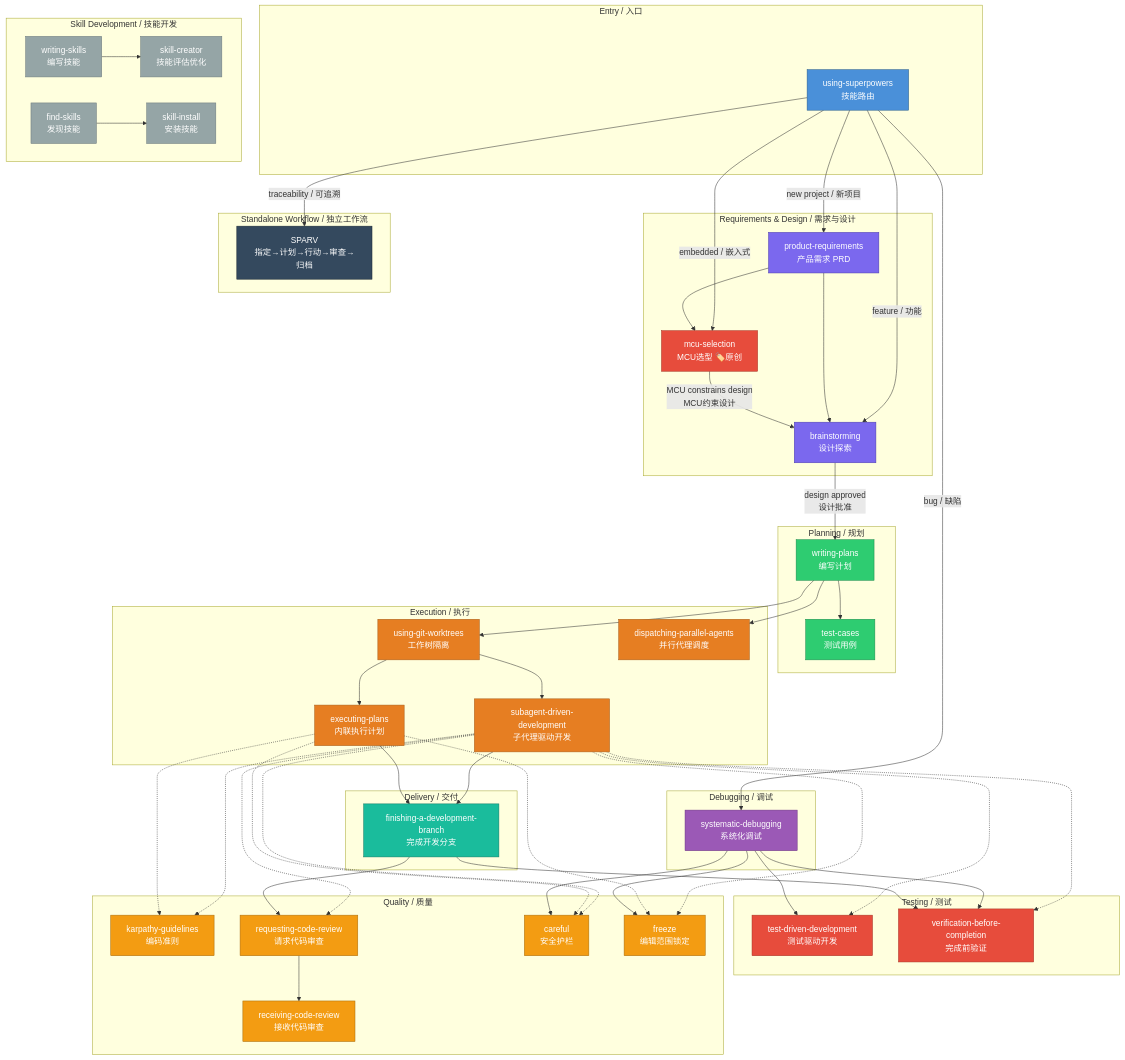
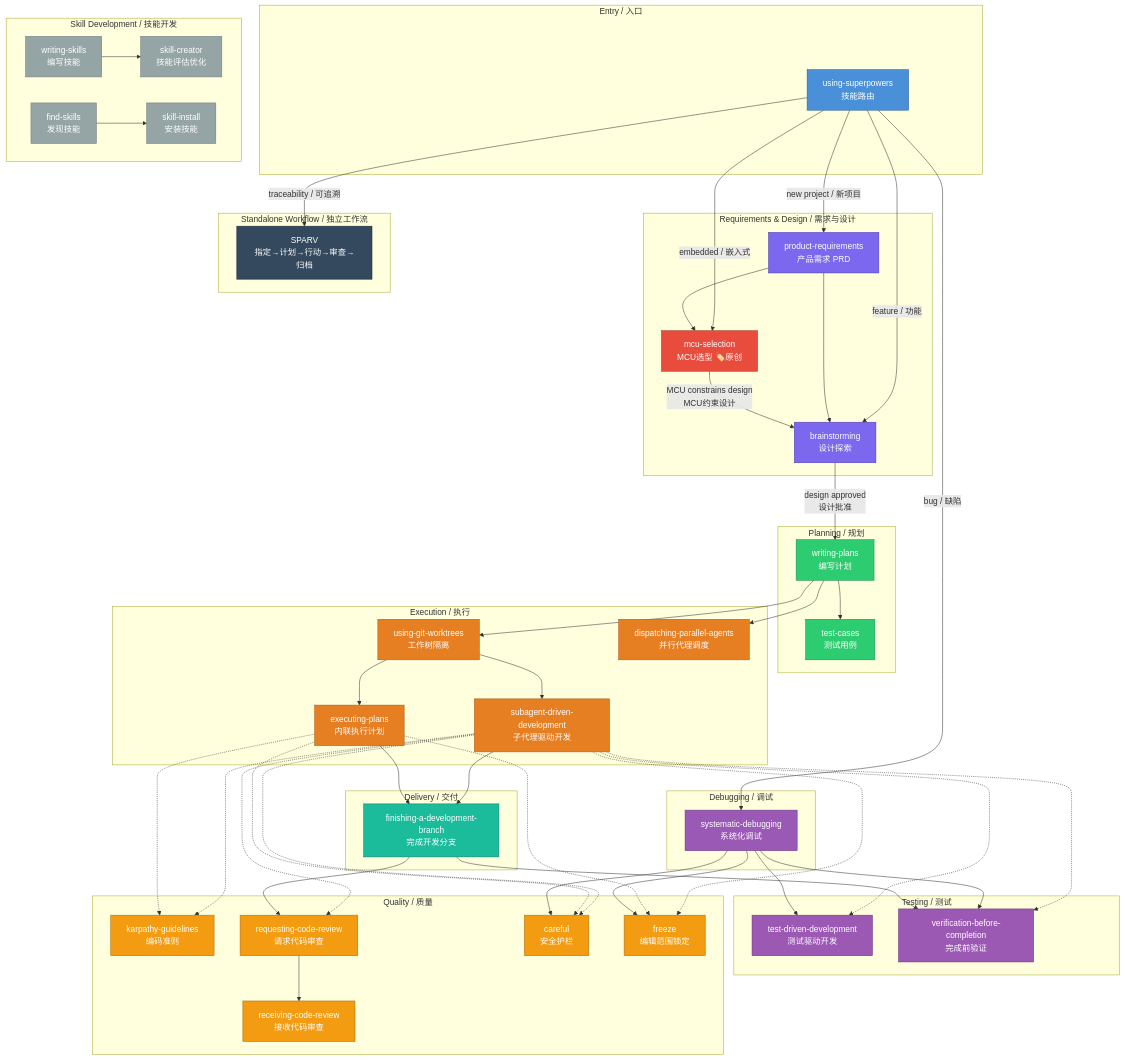
The diagram in SKILLS_GUIDE.md (shenqipeng/claude-skills), drawn with Mermaid before and after one commit. The commit also changed other lines of this file and 1 other file, not shown here.

```diff
--- a/SKILLS_GUIDE.md
+++ b/SKILLS_GUIDE.md
@@ -210,7 +212,7 @@
     classDef original fill:#E74C3C,stroke:#A83325,color:#fff
     classDef plan fill:#2ECC71,stroke:#1A8B4C,color:#fff
     classDef exec fill:#E67E22,stroke:#A85C18,color:#fff
-    classDef test fill:#E74C3C,stroke:#A83325,color:#fff
+    classDef test fill:#9B59B3,stroke:#6C3483,color:#fff
     classDef qual fill:#F39C12,stroke:#A86C0C,color:#fff
     classDef debug fill:#9B59B6,stroke:#6C3483,color:#fff
     classDef deliver fill:#1ABC9C,stroke:#117A65,color:#fff
```
